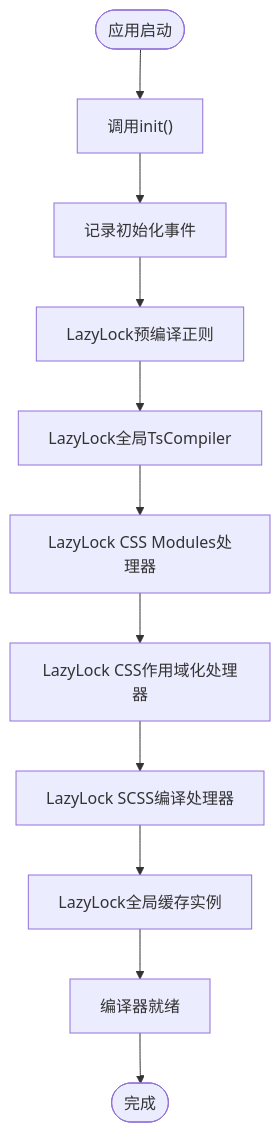
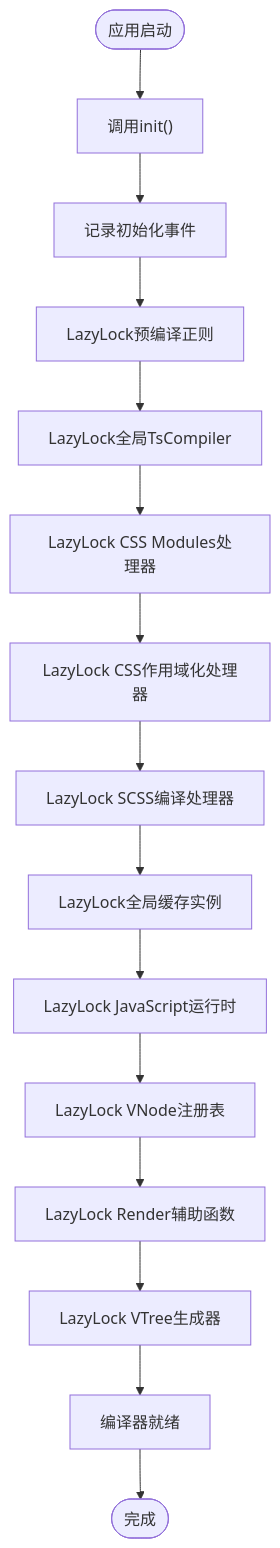
Before and after one commit to itszzl-sudo/iris: diagram 13 of 35 in .qoder/repowiki/zh/content/技术架构详解/即时转译系统/SFC编译器初始化机制/SFC编译器初始化机制.md, drawn with Mermaid. The commit also changed other lines of this file and 9 other files, not shown here.

````diff
--- a/.qoder/repowiki/zh/content/技术架构详解/即时转译系统/SFC编译器初始化机制/SFC编译器初始化机制.md
+++ b/.qoder/repowiki/zh/content/技术架构详解/即时转译系统/SFC编译器初始化机制/SFC编译器初始化机制.md
@@ -550,13 +913,17 @@
 ```mermaid
 flowchart TD
 Start([应用启动]) --> CallInit["调用init()"]
 CallInit --> LogInit["记录初始化事件"]
 LogInit --> LazyRegex["LazyLock预编译正则"]
 LazyRegex --> GlobalTsCompiler["LazyLock全局TsCompiler"]
 GlobalTsCompiler --> CssModules["LazyLock CSS Modules处理器"]
 CssModules --> ScopedCss["LazyLock CSS作用域化处理器"]
 ScopedCss --> ScssProcessor["LazyLock SCSS编译处理器"]
 ScssProcessor --> GlobalCache["LazyLock全局缓存实例"]
-GlobalCache --> Ready["编译器就绪"]
+GlobalCache --> JsRuntime["LazyLock JavaScript运行时"]
+JsRuntime --> VNodeRegistry["LazyLock VNode注册表"]
+VNodeRegistry --> RenderHelpers["LazyLock Render辅助函数"]
+RenderHelpers --> VTreeGenerator["LazyLock VTree生成器"]
+VTreeGenerator --> Ready["编译器就绪"]
 Ready --> End([完成])
 ```
````
